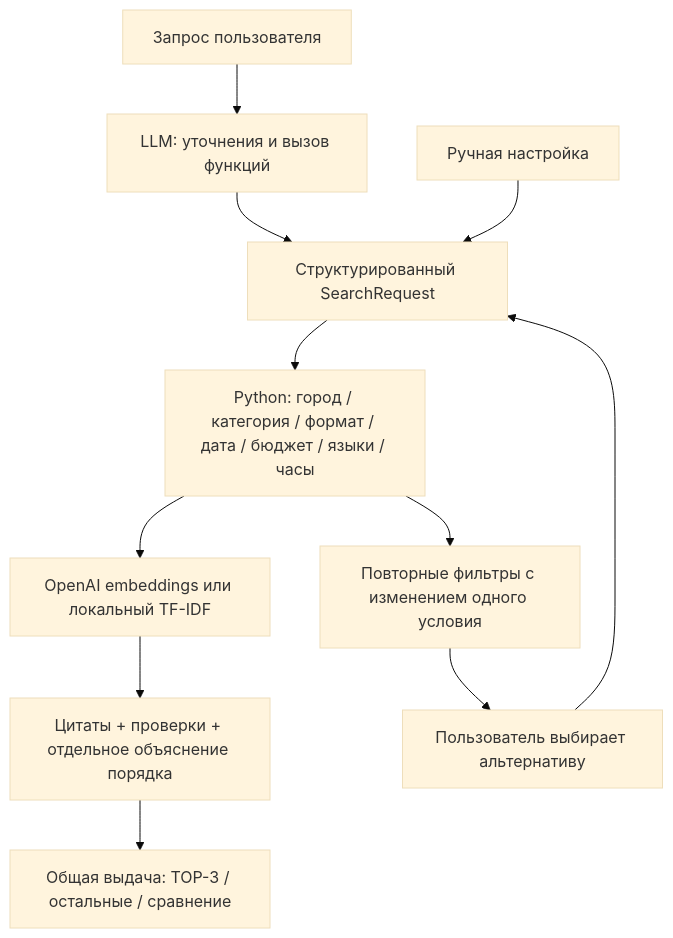
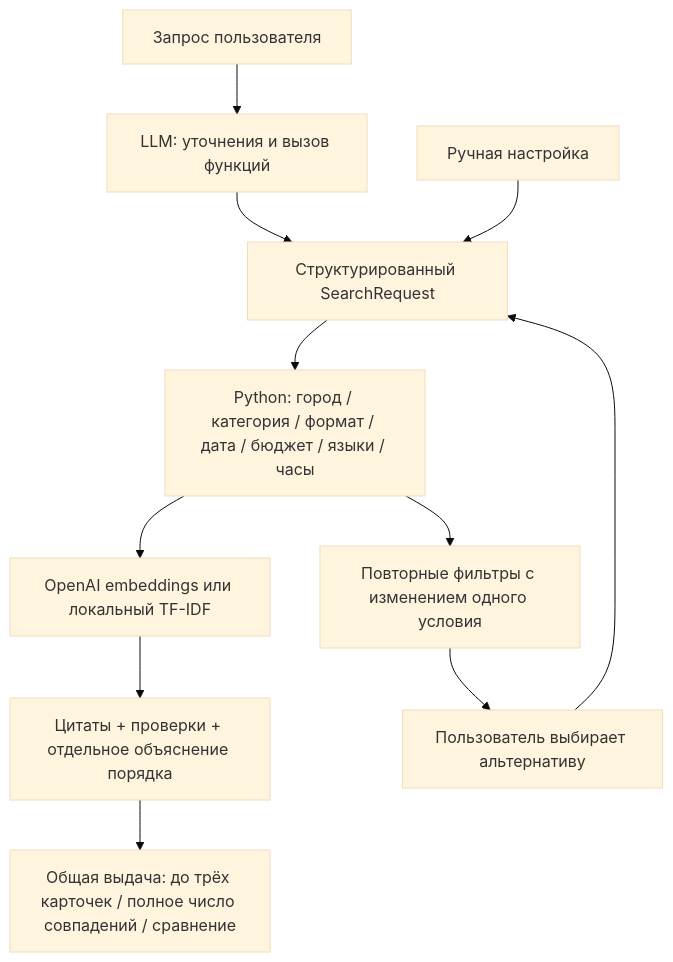
One commit to BAITC-Hacks/hack-57ec179f-nurseitai changed the diagram in README.md. Above: the diagram before and after it, drawn with Mermaid (base theme). The commit also changed other lines of this file and 9 other files, not shown here.

````diff
--- a/README.md
+++ b/README.md
@@ -28,13 +29,13 @@
 ```mermaid
 flowchart TD
     User[Запрос пользователя] --> Agent[LLM: уточнения и вызов функций]
     Agent --> Request[Структурированный SearchRequest]
     Manual[Ручная настройка] --> Request
     Request --> Hard[Python: город / категория / формат / дата / бюджет / языки / часы]
     Hard --> Rank[OpenAI embeddings или локальный TF-IDF]
     Rank --> Explain[Цитаты + проверки + отдельное объяснение порядка]
-    Explain --> Results[Общая выдача: TOP-3 / остальные / сравнение]
+    Explain --> Results[Общая выдача: до трёх карточек / полное число совпадений / сравнение]
     Hard --> Alternatives[Повторные фильтры с изменением одного условия]
     Alternatives --> Choice[Пользователь выбирает альтернативу]
     Choice --> Request
 ```
````
